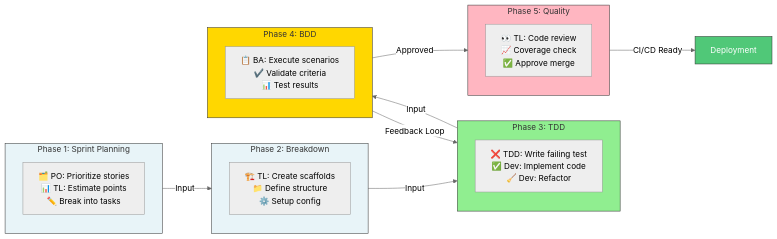
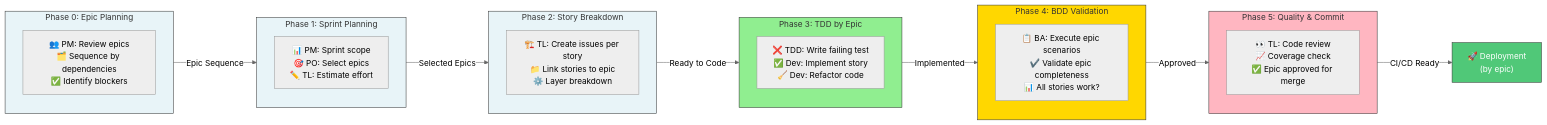
The sixth of 6 diagrams in project-template/.github/README.md (oboukhris-palo/training-day-3), drawn with Mermaid (neutral theme) before and after one commit. The commit also changed other lines of this file and 8 other files, not shown here.

Commit message:
feat: Enhance PM agent with Jira MCP integration for epic and user story management, workflow BDD enhancement

````diff
--- a/project-template/.github/README.md
+++ b/project-template/.github/README.md
@@ -239,36 +330,41 @@
 ```mermaid
 graph LR
-    subgraph Phase1 ["Phase 1: Sprint Planning"]
-        P1["🗂️ PO: Prioritize stories<br/>📊 TL: Estimate points<br/>✏️ Break into tasks"]
+    subgraph Phase0 ["Phase 0: Epic Planning"]
+        P0["👥 PM: Review epics<br/>🗂️ Sequence by dependencies<br/>✅ Identify blockers"]
     end
     
-    subgraph Phase2 ["Phase 2: Breakdown"]
-        P2["🏗️ TL: Create scaffolds<br/>📁 Define structure<br/>⚙️ Setup config"]
+    subgraph Phase1 ["Phase 1: Sprint Planning"]
+        P1["📊 PM: Sprint scope<br/>🎯 PO: Select epics<br/>✏️ TL: Estimate effort"]
     end
     
-    subgraph Phase3 ["Phase 3: TDD"]
-        P3["❌ TDD: Write failing test<br/>✅ Dev: Implement code<br/>🧹 Dev: Refactor"]
+    subgraph Phase2 ["Phase 2: Story Breakdown"]
+        P2["🏗️ TL: Create issues per story<br/>📁 Link stories to epic<br/>⚙️ Layer breakdown"]
     end
     
-    subgraph Phase4 ["Phase 4: BDD"]
-        P4["📋 BA: Execute scenarios<br/>✔️ Validate criteria<br/>📊 Test results"]
+    subgraph Phase3 ["Phase 3: TDD by Epic"]
+        P3["❌ TDD: Write failing test<br/>✅ Dev: Implement story<br/>🧹 Dev: Refactor code"]
     end
     
-    subgraph Phase5 ["Phase 5: Quality"]
-        P5["👀 TL: Code review<br/>📈 Coverage check<br/>✅ Approve merge"]
+    subgraph Phase4 ["Phase 4: BDD Validation"]
+        P4["📋 BA: Execute epic scenarios<br/>✔️ Validate epic completeness<br/>📊 All stories work?"]
     end
     
-    Phase1 -->|Input| Phase2
-    Phase2 -->|Input| Phase3
-    Phase3 -->|Input| Phase4
-    Phase4 -->|Feedback Loop| Phase3
+    subgraph Phase5 ["Phase 5: Quality & Commit"]
+        P5["👀 TL: Code review<br/>📈 Coverage check<br/>✅ Epic approved for merge"]
+    end
+    
+    Phase0 -->|Epic Sequence| Phase1
+    Phase1 -->|Selected Epics| Phase2
+    Phase2 -->|Ready to Code| Phase3
+    Phase3 -->|Implemented| Phase4
     Phase4 -->|Approved| Phase5
-    Phase5 -->|CI/CD Ready| CI["Deployment"]
+    Phase5 -->|CI/CD Ready| Deploy["🚀 Deployment<br/>(by epic)"]
     
+    style Phase0 fill:#E8F4F8,stroke:#333
     style Phase1 fill:#E8F4F8,stroke:#333
     style Phase2 fill:#E8F4F8,stroke:#333
     style Phase3 fill:#90EE90,stroke:#333
     style Phase4 fill:#FFD700,stroke:#333
     style Phase5 fill:#FFB6C1,stroke:#333
-    style CI fill:#50C878,stroke:#333,color:#fff
+    style Deploy fill:#50C878,stroke:#333,color:#fff
 ```
````
